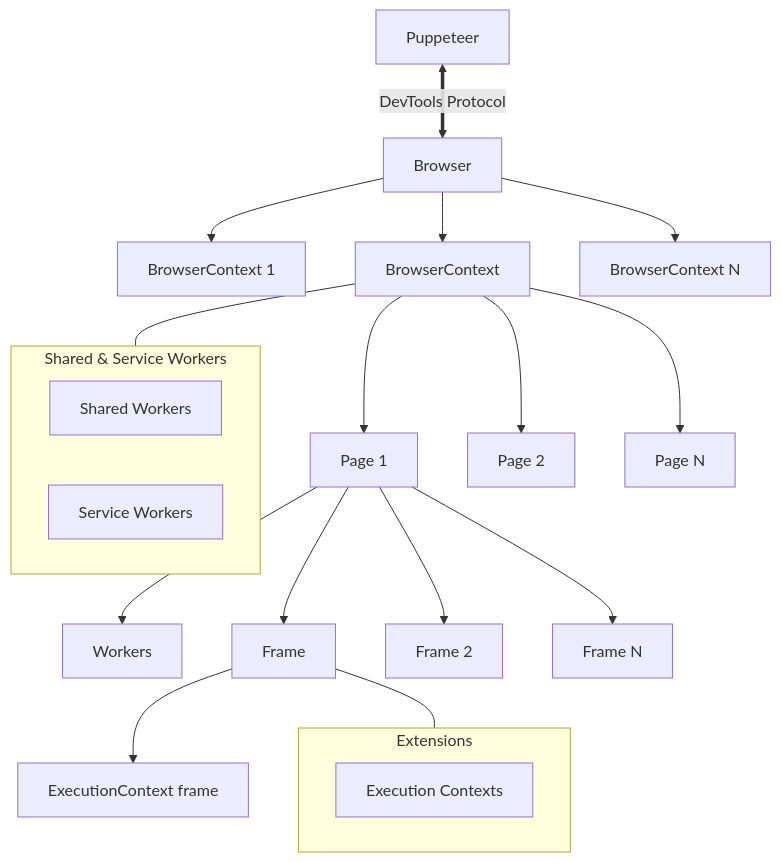
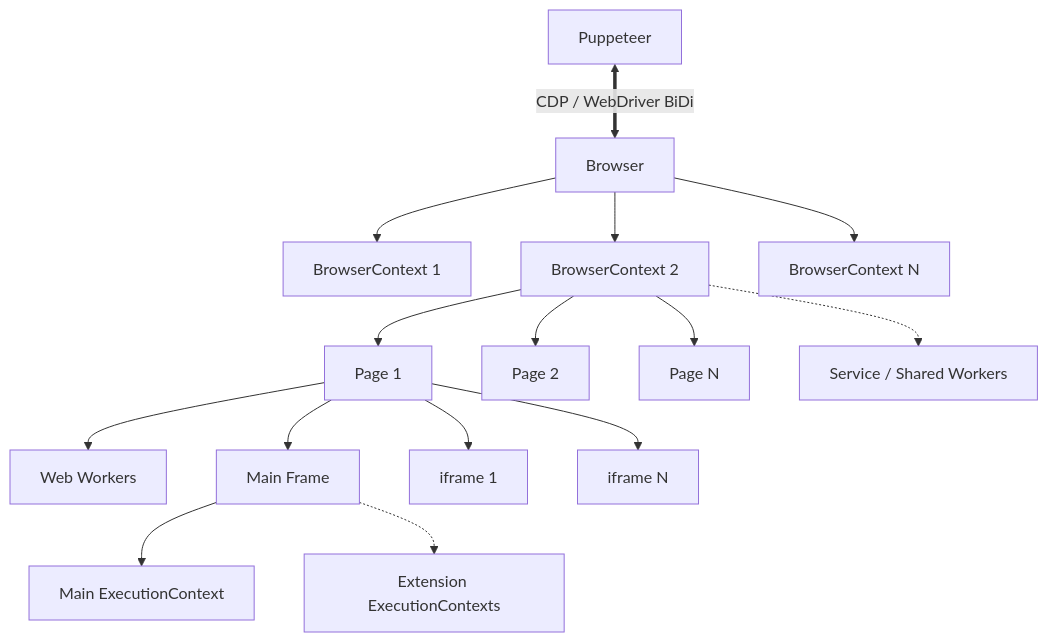
One commit to moranricardo/puppeteer changed the diagram in docs/architecture.md. Above: the diagram before and after it, drawn with Mermaid. The commit also changed other lines of this file, not shown here.

Commit message:
docs: update architecture overview using script

````diff
--- a/docs/architecture.md
+++ b/docs/architecture.md
@@ -5,30 +7,22 @@
 ```mermaid
 graph TD
-    P[Puppeteer] <== DevTools Protocol ==> B[Browser]
+    P[Puppeteer] <== CDP / WebDriver BiDi ==> B[Browser]
     
     B --> BC1[BrowserContext 1]
-    B --> BC2[BrowserContext]
+    B --> BC2[BrowserContext 2]
     B --> BCN[BrowserContext N]
     
-    subgraph BrowserContext_Workers [Shared & Service Workers]
-        SW[Shared Workers]
-        SEW[Service Workers]
-    end
-    
-    BC2 --- BrowserContext_Workers
     BC2 --> P1[Page 1]
     BC2 --> P2[Page 2]
     BC2 --> PN[Page N]
     
-    P1 --> W[Workers]
-    P1 --> F1[Frame]
-    P1 --> F2[Frame 2]
-    P1 --> FN[Frame N]
+    BC2 -.-> SW[Service / Shared Workers]
     
-    subgraph Extensions [Extensions]
-        EC_Ext[Execution Contexts]
-    end
+    P1 --> W[Web Workers]
+    P1 --> F1[Main Frame]
+    P1 --> F2[iframe 1]
+    P1 --> FN[iframe N]
     
-    F1 --- Extensions
-    F1 --> EC[ExecutionContext frame]
+    F1 --> EC1[Main ExecutionContext]
+    F1 -.-> EC_Ext[Extension ExecutionContexts]
 ```
````
